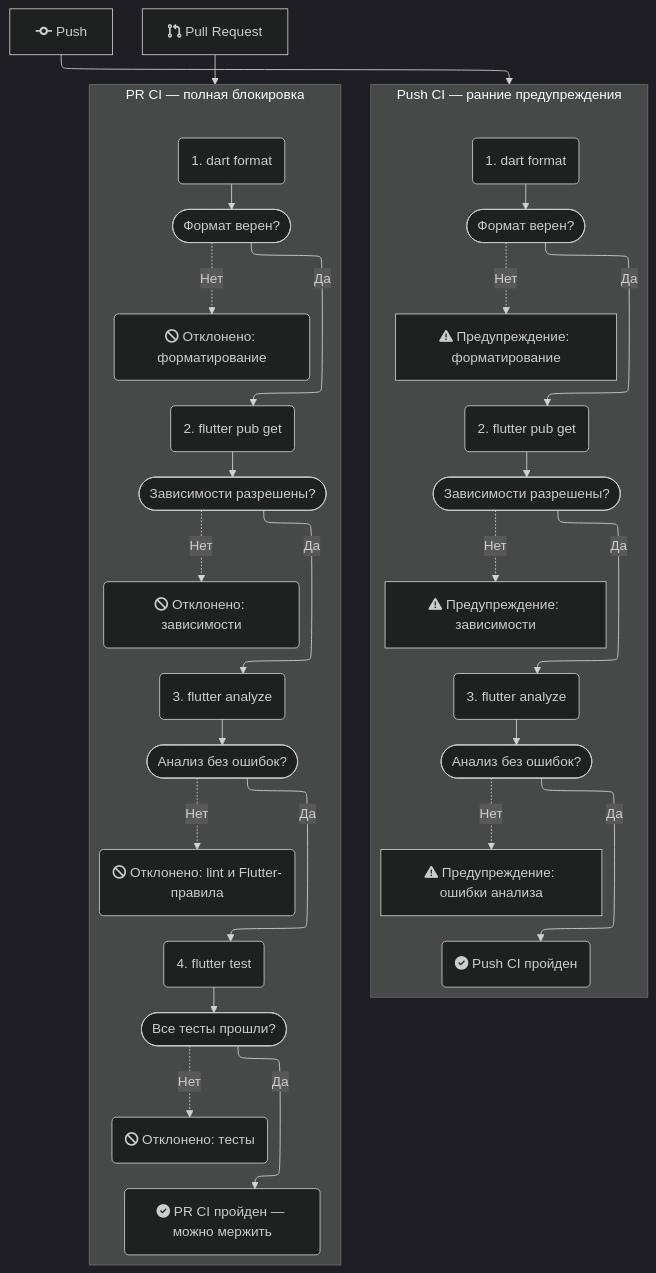
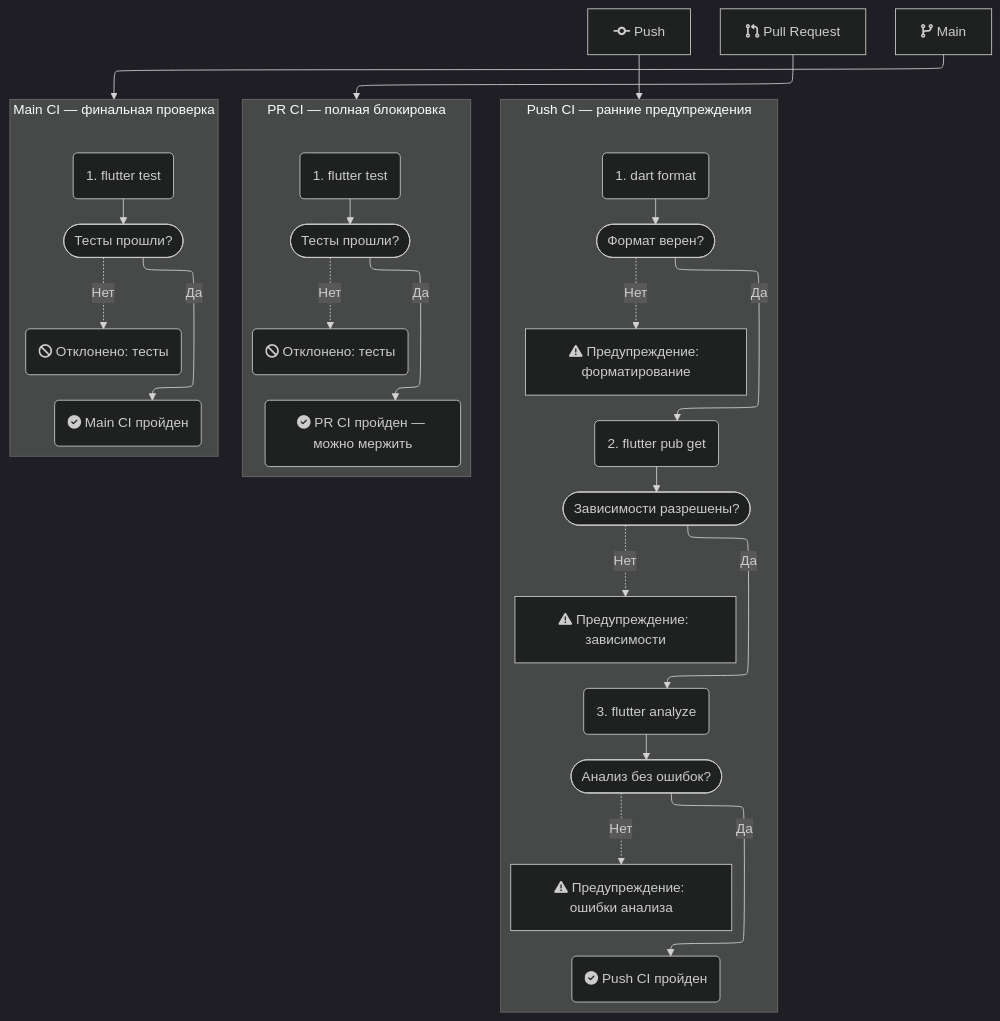
The diagram in docs/ci_workflow.md (AkhrievSuleym/wtf_yandex_sirius), drawn with Mermaid (dark theme) before and after one commit. The commit also changed other lines of this file, not shown here.

Commit message:
[docs] Update CI workflow documentation

````diff
--- a/docs/ci_workflow.md
+++ b/docs/ci_workflow.md
@@ -3,46 +3,39 @@
 ```mermaid
 %%{init: { "layout": "elk" }}%%
 
 flowchart TD
     PUSH["fa:fa-code-commit Push"] --> PUSH_CI
     PR["fa:fa-code-pull-request Pull Request"] --> PR_CI
+    MAIN["fa:fa-code-branch Main"] --> MAIN_CI
 
     subgraph PUSH_CI["Push CI — ранние предупреждения"]
         C1("1. dart format") --> C1Q(["Формат верен?"])
         C1Q -->|Да| C2("2. flutter pub get")
         C1Q -.->|Нет| C1W["fa:fa-triangle-exclamation Предупреждение: форматирование"]
         C1W ~~~ C2
 
         C2 --> C2Q(["Зависимости разрешены?"])
         C2Q -->|Да| C3("3. flutter analyze")
         C2Q -.->|Нет| C2W["fa:fa-triangle-exclamation Предупреждение: зависимости"]
         C2W ~~~ C3
 
         C3 --> C3Q(["Анализ без ошибок?"])
         C3Q -->|Да| C_OK("fa:fa-circle-check Push CI пройден")
         C3Q -.->|Нет| C3W["fa:fa-triangle-exclamation Предупреждение: ошибки анализа"]
         C3W ~~~ C_OK
     end
 
     subgraph PR_CI["PR CI — полная блокировка"]
-        P1("1. dart format") --> P1Q(["Формат верен?"])
-        P1Q -->|Да| P2("2. flutter pub get")
-        P1Q -.->|Нет| P1F("fa:fa-ban Отклонено: форматирование")
-        P1F ~~~ P2
+        P1("1. flutter test") --> P1Q(["Тесты прошли?"])
+        P1Q -->|Да| P_OK("fa:fa-circle-check PR CI пройден — можно мержить")
+        P1Q -.->|Нет| P1F("fa:fa-ban Отклонено: тесты")
+        P1F ~~~ P_OK
+    end
 
-        P2 --> P2Q(["Зависимости разрешены?"])
-        P2Q -->|Да| P3("3. flutter analyze")
-        P2Q -.->|Нет| P2F("fa:fa-ban Отклонено: зависимости")
-        P2F ~~~ P3
-
-        P3 --> P3Q(["Анализ без ошибок?"])
-        P3Q -->|Да| P4("4. flutter test")
-        P3Q -.->|Нет| P3F("fa:fa-ban Отклонено: lint и Flutter-правила")
-        P3F ~~~ P4
-
-        P4 --> P4Q(["Все тесты прошли?"])
-        P4Q -->|Да| P_OK("fa:fa-circle-check PR CI пройден — можно мержить")
-        P4Q -.->|Нет| P4F("fa:fa-ban Отклонено: тесты")
-        P4F ~~~ P_OK
+    subgraph MAIN_CI["Main CI — финальная проверка"]
+        M1("1. flutter test") --> M1Q(["Тесты прошли?"])
+        M1Q -->|Да| M_OK("fa:fa-circle-check Main CI пройден")
+        M1Q -.->|Нет| M1F("fa:fa-ban Отклонено: тесты")
+        M1F ~~~ M_OK
     end
 ```
````
